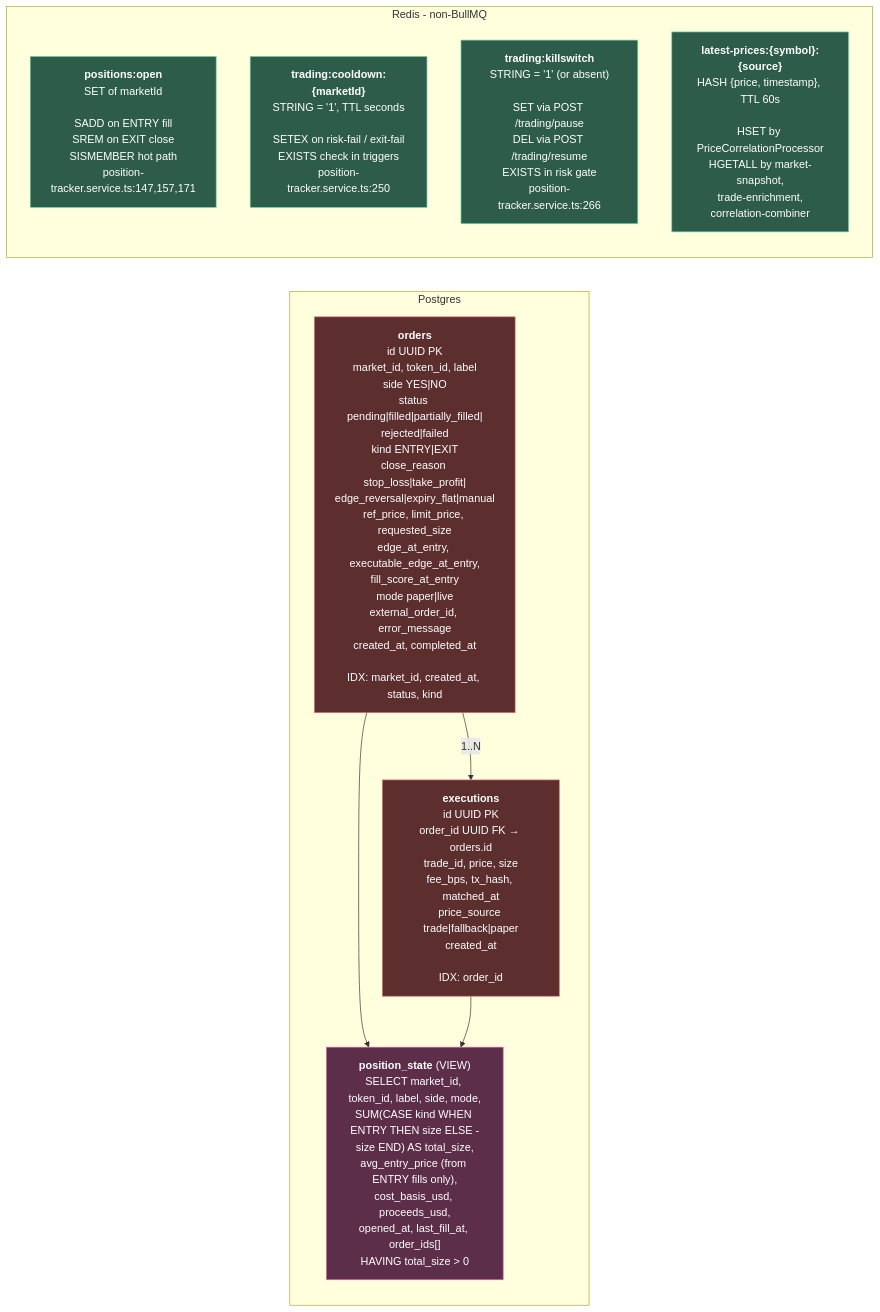
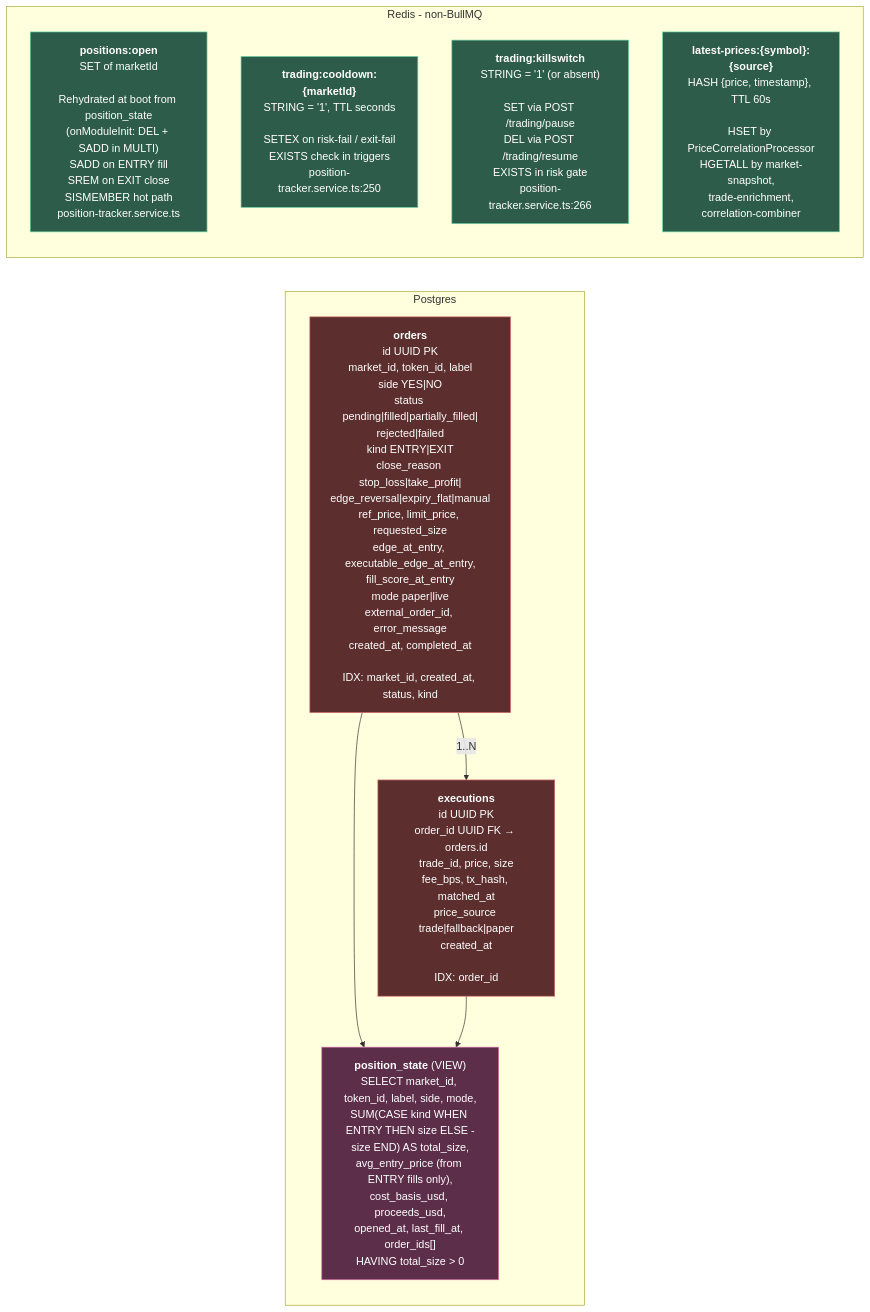
The fifth of 5 diagrams in docs/data-flow.md (robbert0/polymarket-trading-2), drawn with Mermaid before and after one commit. The commit also changed other lines of this file and 4 other files, not shown here.

Commit message:
Remove `RAW_ORDERBOOK` queue and related logic; rework `positions:open` cache initialization with atomic rehydration from Postgres.

````diff
--- a/docs/data-flow.md
+++ b/docs/data-flow.md
@@ -338,28 +335,28 @@
 ```mermaid
 flowchart LR
   classDef tbl fill:#5c2e2e,stroke:#d46b6b,color:#fff
   classDef view fill:#5c2e4a,stroke:#d46ba6,color:#fff
   classDef rk fill:#2e5c4a,stroke:#6bd4a6,color:#fff
 
   subgraph PG[Postgres]
     O["<b>orders</b><br/>id UUID PK<br/>market_id, token_id, label<br/>side YES|NO<br/>status pending|filled|partially_filled|<br/>rejected|failed<br/>kind ENTRY|EXIT<br/>close_reason stop_loss|take_profit|<br/>edge_reversal|expiry_flat|manual<br/>ref_price, limit_price, requested_size<br/>edge_at_entry, executable_edge_at_entry,<br/>fill_score_at_entry<br/>mode paper|live<br/>external_order_id, error_message<br/>created_at, completed_at<br/><br/>IDX: market_id, created_at, status, kind"]:::tbl
 
     E["<b>executions</b><br/>id UUID PK<br/>order_id UUID FK → orders.id<br/>trade_id, price, size<br/>fee_bps, tx_hash, matched_at<br/>price_source trade|fallback|paper<br/>created_at<br/><br/>IDX: order_id"]:::tbl
 
     V["<b>position_state</b> (VIEW)<br/>SELECT market_id, token_id, label, side, mode,<br/>SUM(CASE kind WHEN ENTRY THEN size ELSE -size END) AS total_size,<br/>avg_entry_price (from ENTRY fills only),<br/>cost_basis_usd, proceeds_usd,<br/>opened_at, last_fill_at, order_ids[]<br/>HAVING total_size > 0"]:::view
 
     O -->|"1..N"| E
     O --> V
     E --> V
   end
 
   subgraph R[Redis - non-BullMQ]
-    RK1["<b>positions:open</b><br/>SET of marketId<br/><br/>SADD on ENTRY fill<br/>SREM on EXIT close<br/>SISMEMBER hot path<br/>position-tracker.service.ts:147,157,171"]:::rk
+    RK1["<b>positions:open</b><br/>SET of marketId<br/><br/>Rehydrated at boot from position_state<br/>(onModuleInit: DEL + SADD in MULTI)<br/>SADD on ENTRY fill<br/>SREM on EXIT close<br/>SISMEMBER hot path<br/>position-tracker.service.ts"]:::rk
 
     RK2["<b>trading:cooldown:{marketId}</b><br/>STRING = '1', TTL seconds<br/><br/>SETEX on risk-fail / exit-fail<br/>EXISTS check in triggers<br/>position-tracker.service.ts:250"]:::rk
 
     RK3["<b>trading:killswitch</b><br/>STRING = '1' (or absent)<br/><br/>SET via POST /trading/pause<br/>DEL via POST /trading/resume<br/>EXISTS in risk gate<br/>position-tracker.service.ts:266"]:::rk
 
     RK4["<b>latest-prices:{symbol}:{source}</b><br/>HASH {price, timestamp}, TTL 60s<br/><br/>HSET by PriceCorrelationProcessor<br/>HGETALL by market-snapshot,<br/>trade-enrichment,<br/>correlation-combiner"]:::rk
   end
 ```
````
